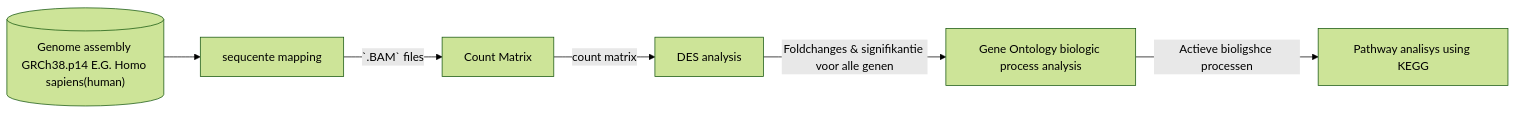
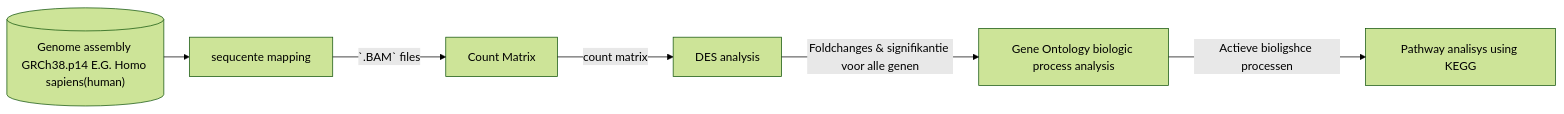
One commit to Quantum-Coder826/J2P4casusTranscriptomics changed the diagram in README.md. Above: the diagram before and after it, drawn with Mermaid (forest theme).

Commit message:
Changed flowchart type

````diff
--- a/README.md
+++ b/README.md
@@ -38,25 +38,25 @@
 ```mermaid
-graph LR;
+flowchart-elk LR;
   seq_map[sequcente mapping];
   matrix[Count Matrix];
   data_ana[DES analysis];
   GO_ana[Gene Ontology biologic process analysis];
   KEGG_ana[Pathway analisys using KEGG];
   
   HG38[("Genome assembly GRCh38.p14 E.G. Homo sapiens(human)")]
   
   click seq_map "https://github.com/Quantum-Coder826/J2P4casusTranscriptomics/blob/main/scripts/seq_mapping.R";
   click matrix "https://github.com/Quantum-Coder826/J2P4casusTranscriptomics/blob/main/scripts/count_matrix.R";
   click data_ana "https://github.com/Quantum-Coder826/J2P4casusTranscriptomics/blob/main/scripts/data_ana.R";
   click GO_ana "https://github.com/Quantum-Coder826/J2P4casusTranscriptomics/blob/main/scripts/GO_analysis.R";
   click KEGG_ana "https://github.com/Quantum-Coder826/J2P4casusTranscriptomics/blob/main/scripts/KEGG_analysis.R";
   
   click HG38 "https://www.ncbi.nlm.nih.gov/datasets/genome/GCF_000001405.40/";
   
   seq_map -->|`.BAM` files| matrix -->|count matrix| data_ana -->|Foldchanges & signifikantie voor alle genen| GO_ana -->|Actieve bioligshce processen| KEGG_ana;
   HG38 --> seq_map;
   
   
   classDef hidden display: none;
 
 ```
````
